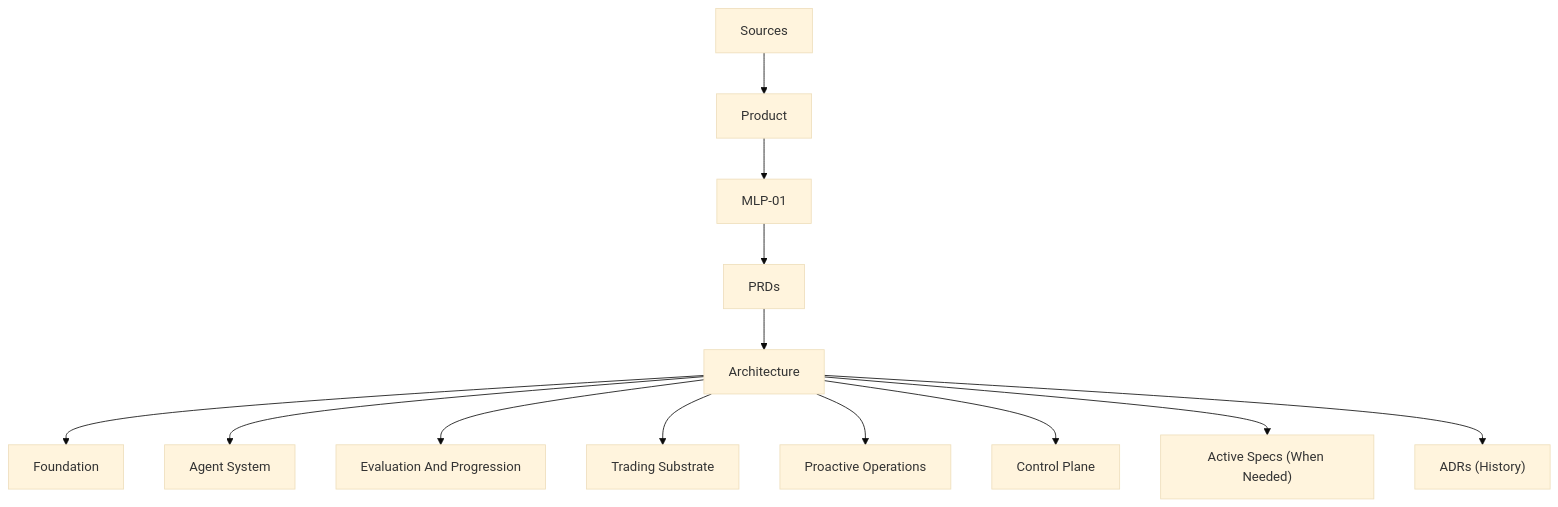
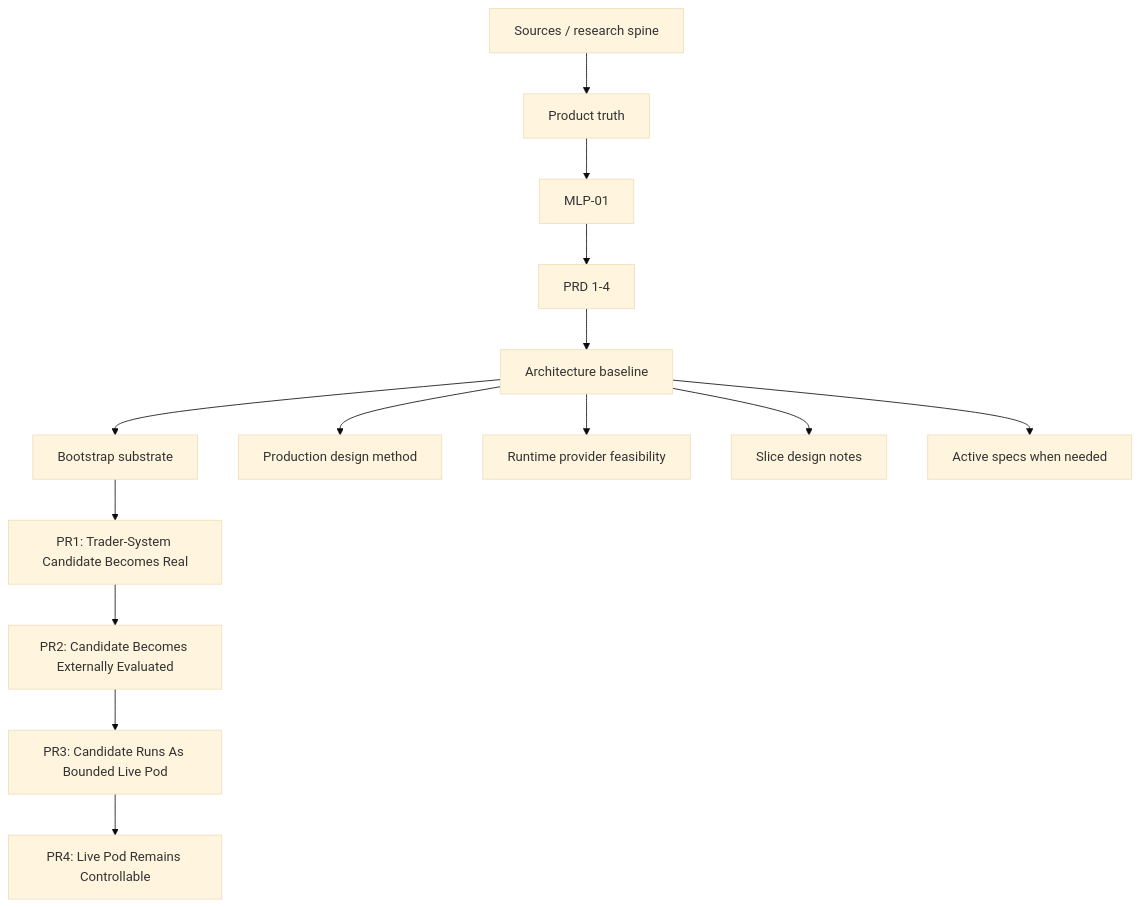
Before and after one commit to openboa-ai/ouroboros: the first of 9 diagrams in wiki/architecture/00-system-map.md, drawn with Mermaid (base theme). The commit also changed other lines of this file and 80 other files, not shown here.

Commit message:
docs: lock mlp-01 architecture design baseline

````diff
--- a/wiki/architecture/00-system-map.md
+++ b/wiki/architecture/00-system-map.md
@@ -19,15 +30,17 @@
 ```mermaid
 flowchart TD
-    S["Sources"] --> P["Product"]
+    S["Sources / research spine"] --> P["Product truth"]
     P --> M["MLP-01"]
-    M --> R["PRDs"]
-    R --> A["Architecture"]
-    A --> F["Foundation"]
-    A --> G["Agent System"]
-    A --> E["Evaluation And Progression"]
-    A --> T["Trading Substrate"]
-    A --> O["Proactive Operations"]
-    A --> C["Control Plane"]
-    A --> X["Active Specs (When Needed)"]
-    A --> D["ADRs (History)"]
+    M --> R["PRD 1-4"]
+    R --> A["Architecture baseline"]
+    A --> B["Bootstrap substrate"]
+    A --> PM["Production design method"]
+    B --> P1["PR1: Trader-System Candidate Becomes Real"]
+    P1 --> P2["PR2: Candidate Becomes Externally Evaluated"]
+    P2 --> P3["PR3: Candidate Runs As Bounded Live Pod"]
+    P3 --> P4["PR4: Live Pod Remains Controllable"]
+
+    A --> F["Runtime provider feasibility"]
+    A --> SD["Slice design notes"]
+    A --> SP["Active specs when needed"]
 ```
````
